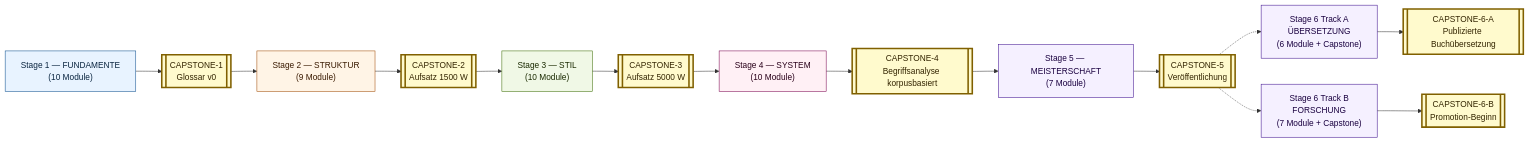
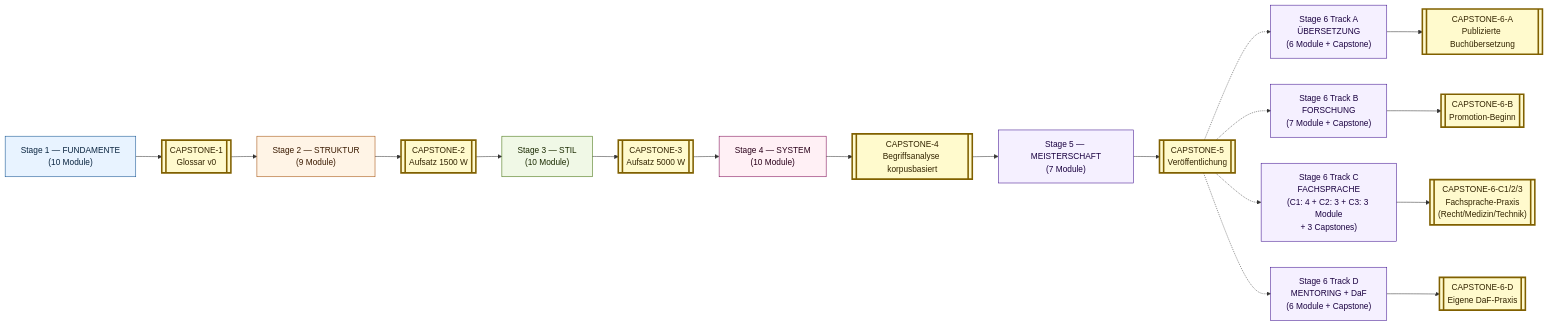
One commit to NicolasDeNigris91/Deutly changed the first of 13 diagrams in framework/00-meta/DAG.md. Above: the diagram before and after it, drawn with Mermaid. The commit also changed other lines of this file and 31 other files, not shown here.

First line of the commit message:
v2.5 — Stage 6 KOMPLETT (Tracks C + D) + Tradução DE 5 Module-Adaptationen

````diff
--- a/framework/00-meta/DAG.md
+++ b/framework/00-meta/DAG.md
@@ -19,29 +19,35 @@
 ```mermaid
 flowchart LR
     classDef stage1 fill:#e8f3ff,stroke:#0a4d8c,color:#0a2540
     classDef stage2 fill:#fff4e6,stroke:#a04a00,color:#3a1a00
     classDef stage3 fill:#f0f8e6,stroke:#3a6b00,color:#1a2a00
     classDef stage4 fill:#fff0f5,stroke:#7a0050,color:#2a001a
     classDef stage5 fill:#f5f0ff,stroke:#3a0a8c,color:#1a0040
     classDef capstone fill:#fffacd,stroke:#806000,color:#332400,stroke-width:3px
 
     S1["Stage 1 — FUNDAMENTE<br/>(10 Module)"]:::stage1
     S2["Stage 2 — STRUKTUR<br/>(9 Module)"]:::stage2
     S3["Stage 3 — STIL<br/>(10 Module)"]:::stage3
     S4["Stage 4 — SYSTEM<br/>(10 Module)"]:::stage4
     S5["Stage 5 — MEISTERSCHAFT<br/>(7 Module)"]:::stage5
     S6A["Stage 6 Track A<br/>ÜBERSETZUNG<br/>(6 Module + Capstone)"]:::stage5
     S6B["Stage 6 Track B<br/>FORSCHUNG<br/>(7 Module + Capstone)"]:::stage5
+    S6C["Stage 6 Track C<br/>FACHSPRACHE<br/>(C1: 4 + C2: 3 + C3: 3 Module<br/>+ 3 Capstones)"]:::stage5
+    S6D["Stage 6 Track D<br/>MENTORING + DaF<br/>(6 Module + Capstone)"]:::stage5
 
     C1[["CAPSTONE-1<br/>Glossar v0"]]:::capstone
     C2[["CAPSTONE-2<br/>Aufsatz 1500 W"]]:::capstone
     C3[["CAPSTONE-3<br/>Aufsatz 5000 W"]]:::capstone
     C4[["CAPSTONE-4<br/>Begriffsanalyse korpusbasiert"]]:::capstone
     C5[["CAPSTONE-5<br/>Veröffentlichung"]]:::capstone
     C6A[["CAPSTONE-6-A<br/>Publizierte Buchübersetzung"]]:::capstone
     C6B[["CAPSTONE-6-B<br/>Promotion-Beginn"]]:::capstone
+    C6C[["CAPSTONE-6-C1/2/3<br/>Fachsprache-Praxis<br/>(Recht/Medizin/Technik)"]]:::capstone
+    C6D[["CAPSTONE-6-D<br/>Eigene DaF-Praxis"]]:::capstone
 
     S1 --> C1 --> S2 --> C2 --> S3 --> C3 --> S4 --> C4 --> S5 --> C5
     C5 -.-> S6A --> C6A
     C5 -.-> S6B --> C6B
+    C5 -.-> S6C --> C6C
+    C5 -.-> S6D --> C6D
 ```
````
